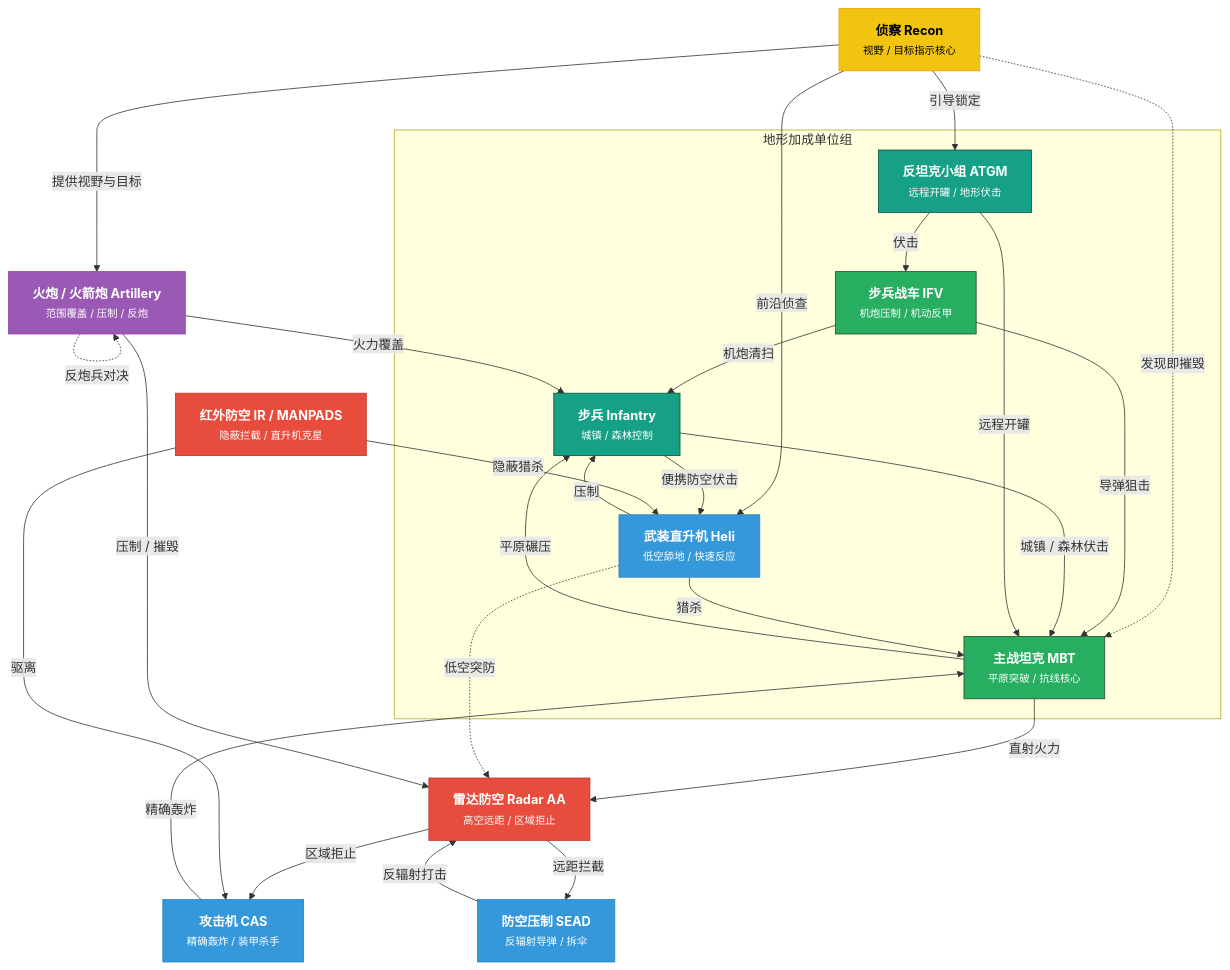
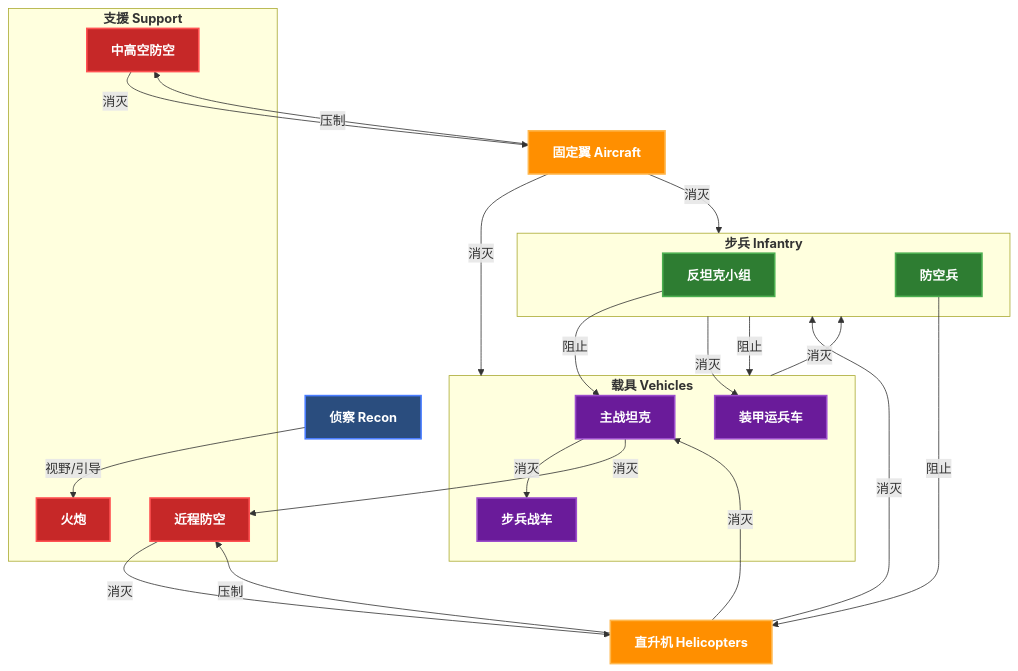
The first of 3 diagrams in docs/其他/游戏/评价/Broken_Arrow.md (ShenMian/notes), drawn with Mermaid before and after one commit. The commit also changed other lines of this file, not shown here.

````diff
--- a/docs/其他/游戏/评价/Broken_Arrow.md
+++ b/docs/其他/游戏/评价/Broken_Arrow.md
@@ -32,67 +32,50 @@
 ```mermaid
 flowchart TD
-    %% ========== 样式定义 ==========
-    classDef recon fill:#f1c40f,stroke:#f39c12,color:#000
-    classDef armor fill:#27ae60,stroke:#2d4a3a,color:#fff
-    classDef infantry fill:#16a085,stroke:#0b5345,color:#fff
-    classDef air fill:#3498db,stroke:#2980b9,color:#fff
-    classDef aa fill:#e74c3c,stroke:#c0392b,color:#fff
-    classDef artillery fill:#9b59b6,stroke:#8e44ad,color:#fff
+    RECON["<b>侦察 Recon</b>"]:::recon
+    RECON -->|视野/引导| ARTY
 
-    %% ========== 核心节点 ==========
-    RECON["<b>侦察 Recon</b><br/><font size=2>视野 / 目标指示核心</font>"]:::recon
-
-    MBT["<b>主战坦克 MBT</b><br/><font size=2>平原突破 / 抗线核心</font>"]:::armor
-    IFV["<b>步兵战车 IFV</b><br/><font size=2>机炮压制 / 机动反甲</font>"]:::armor
-
-    INF["<b>步兵 Infantry</b><br/><font size=2>城镇 / 森林控制</font>"]:::infantry
-    ATGM["<b>反坦克小组 ATGM</b><br/><font size=2>远程开罐 / 地形伏击</font>"]:::infantry
-
-    HELI["<b>武装直升机 Heli</b><br/><font size=2>低空舔地 / 快速反应</font>"]:::air
-    JET_CAS["<b>攻击机 CAS</b><br/><font size=2>精确轰炸 / 装甲杀手</font>"]:::air
-    JET_SEAD["<b>防空压制 SEAD</b><br/><font size=2>反辐射导弹 / 拆伞</font>"]:::air
-
-    AA_RADAR["<b>雷达防空 Radar AA</b><br/><font size=2>高空远距 / 区域拒止</font>"]:::aa
-    AA_IR["<b>红外防空 IR / MANPADS</b><br/><font size=2>隐蔽拦截 / 直升机克星</font>"]:::aa
-
-    ARTY["<b>火炮 / 火箭炮 Artillery</b><br/><font size=2>范围覆盖 / 压制 / 反炮</font>"]:::artillery
-
-    %% ========== 核心逻辑：侦察驱动 ==========
-    RECON -->|提供视野与目标| ARTY
-    RECON -->|引导锁定| ATGM
-    RECON -->|前沿侦查| HELI
-    RECON -.->|发现即摧毁| MBT
-
-    %% ========== 地面攻防链 ==========
-    MBT -->|平原碾压| INF
-    MBT -->|直射火力| AA_RADAR
-
-    IFV -->|机炮清扫| INF
-    IFV -->|导弹狙击| MBT
-
-    subgraph Terrain_Bonus["地形加成单位组"]
-        INF -->|城镇 / 森林伏击| MBT
-        INF -->|便携防空伏击| HELI
-        ATGM -->|远程开罐| MBT
-        ATGM -->|伏击| IFV
+    subgraph INF["<b>步兵 Infantry</b>"]
+        ATGM["<b>反坦克小组</b>"]:::infantry
+        AA_INF["<b>防空兵</b>"]:::infantry
     end
 
-    %% ========== 空中优势链 ==========
-    HELI -->|猎杀| MBT
-    HELI -->|压制| INF
-    HELI -.->|低空突防| AA_RADAR
+    ATGM -->|阻止| MBT
+    AA_INF -->|阻止| HELI
 
-    JET_CAS -->|精确轰炸| MBT
-    JET_SEAD -->|反辐射打击| AA_RADAR
+    subgraph VEH["<b>载具 Vehicles</b>"]
+        MBT["<b>主战坦克</b>"]:::vehicle
+        IFV["<b>步兵战车</b>"]:::vehicle
+        APC["<b>装甲运兵车</b>"]:::vehicle
+    end
 
-    %% ========== 防空与反制链 ==========
-    AA_RADAR -->|区域拒止| JET_CAS
-    AA_RADAR -->|远距拦截| JET_SEAD
-    AA_IR -->|隐蔽猎杀| HELI
-    AA_IR -->|驱离| JET_CAS
+    MBT -->|消灭| IFV
+    INF -->|消灭| APC
+    MBT -->|消灭| SHORAD
+    VEH -->|消灭| INF
+    INF -->|阻止| VEH
 
-    %% ========== 炮兵体系链 ==========
-    ARTY -->|火力覆盖| INF
-    ARTY -->|压制 / 摧毁| AA_RADAR
-    ARTY -.->|反炮兵对决| ARTY
+    subgraph SUP["<b>支援 Support</b>"]
+        ARTY["<b>火炮</b>"]:::support
+        SHORAD["<b>近程防空</b>"]:::support
+        HIMAD["<b>中高空防空</b>"]:::support
+    end
+
+    SHORAD -->|消灭| HELI
+    HIMAD -->|消灭| JET
+
+    HELI["<b>直升机 Helicopters</b>"]:::aircraft
+    HELI -->|消灭| MBT
+    HELI -->|消灭| INF
+    HELI -->|压制| SHORAD
+
+    JET["<b>固定翼 Aircraft</b>"]:::aircraft
+    JET -->|消灭| VEH
+    JET -->|消灭| INF
+    JET -->|压制| HIMAD
+
+    classDef recon fill:#2a4d7e,stroke:#4a7dff,stroke-width:2px,color:#fff
+    classDef infantry fill:#2e7d32,stroke:#4caf50,stroke-width:2px,color:#fff
+    classDef support fill:#c62828,stroke:#ff5252,stroke-width:2px,color:#fff
+    classDef vehicle fill:#6a1b9a,stroke:#9c4dcc,stroke-width:2px,color:#fff
+    classDef aircraft fill:#ff8f00,stroke:#ffb74d,stroke-width:2px,color:#fff
 ```
````
